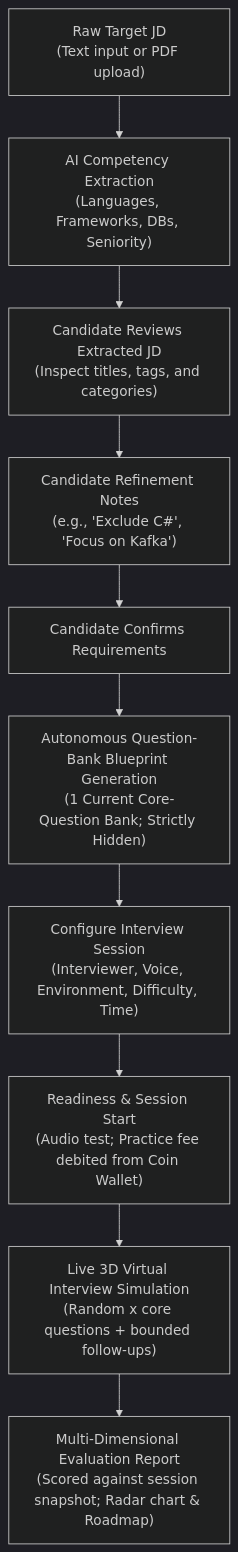
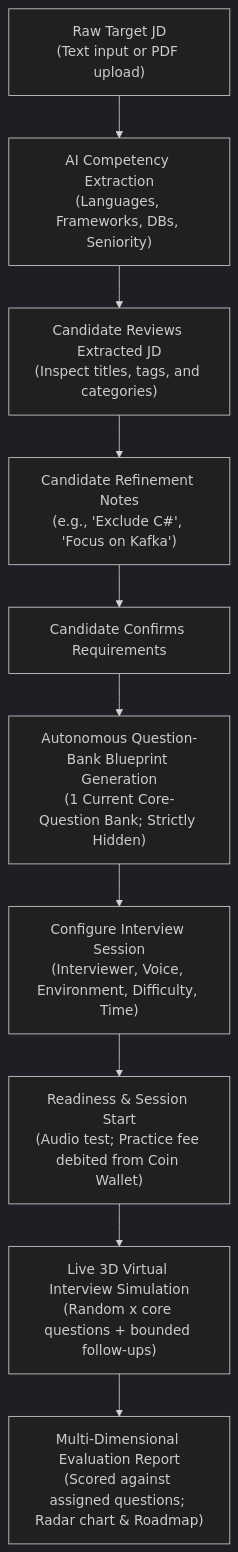
Before and after one commit to cog-forge/role-cue-brain: the first of 3 diagrams in 00_Project/Core-Flows.md, drawn with Mermaid (dark theme). The commit also changed other lines of this file and 11 other files, not shown here.

````diff
--- a/00_Project/Core-Flows.md
+++ b/00_Project/Core-Flows.md
@@ -27,12 +27,12 @@
 ```mermaid
 flowchart TD
     A["Raw Target JD<br/>(Text input or PDF upload)"] --> B["AI Competency Extraction<br/>(Languages, Frameworks, DBs, Seniority)"]
     B --> C["Candidate Reviews Extracted JD<br/>(Inspect titles, tags, and categories)"]
     C --> D["Candidate Refinement Notes<br/>(e.g., 'Exclude C#', 'Focus on Kafka')"]
     D --> E["Candidate Confirms Requirements"]
     E --> F["Autonomous Question-Bank Blueprint Generation<br/>(1 Current Core-Question Bank; Strictly Hidden)"]
     F --> G["Configure Interview Session<br/>(Interviewer, Voice, Environment, Difficulty, Time)"]
     G --> H["Readiness & Session Start<br/>(Audio test; Practice fee debited from Coin Wallet)"]
     H --> I["Live 3D Virtual Interview Simulation<br/>(Random x core questions + bounded follow-ups)"]
-    I --> J["Multi-Dimensional Evaluation Report<br/>(Scored against session snapshot; Radar chart & Roadmap)"]
+    I --> J["Multi-Dimensional Evaluation Report<br/>(Scored against assigned questions; Radar chart & Roadmap)"]
 ```
````
